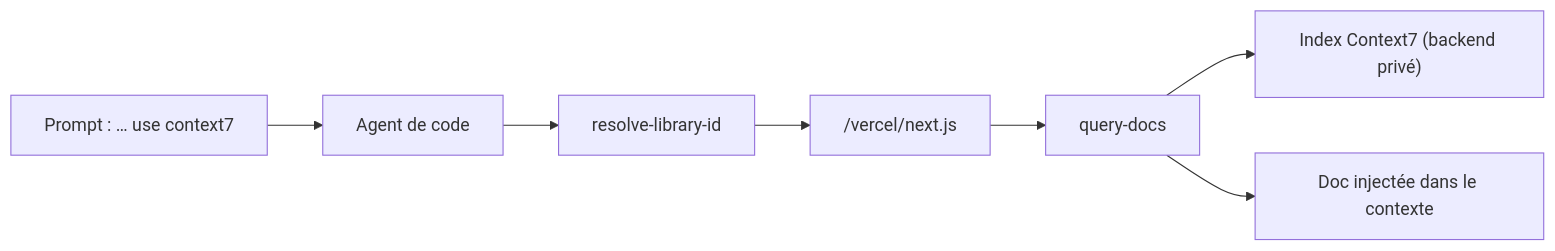
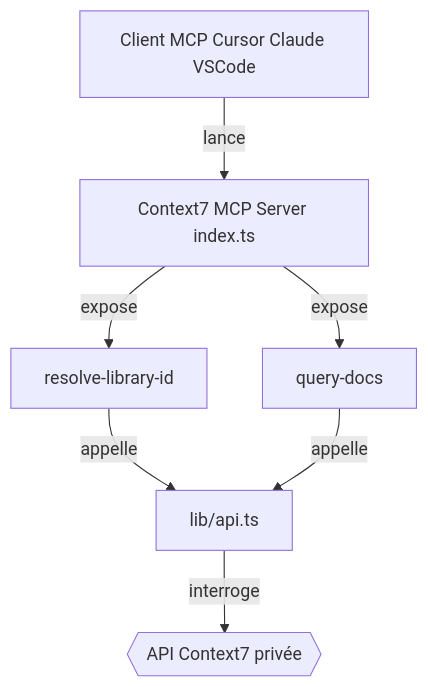
One commit to floSa/Veille-Repo changed the diagram in veille/.data/fiches/upstash__context7.md. Above: the diagram before and after it, drawn with Mermaid. The commit also changed other lines of this file and 1330 other files, not shown here.

First line of the commit message:
Mise à jour du catalogue : 7723 fiches, 7291 diagrammes

````diff
--- a/veille/.data/fiches/upstash__context7.md
+++ b/veille/.data/fiches/upstash__context7.md
@@ -27,9 +27,9 @@
 ```mermaid
-flowchart LR
-  Pr["Prompt : … use context7"] --> Ag["Agent de code"]
-  Ag --> Res["resolve-library-id"]
-  Res --> Id["/vercel/next.js"]
-  Id --> Docs["query-docs"]
-  Docs --> Idx["Index Context7 (backend privé)"]
-  Docs --> Ctx["Doc injectée dans le contexte"]
+flowchart TD
+  cli["Client MCP Cursor Claude VSCode"] -->|"lance"| srv["Context7 MCP Server index.ts"]
+  srv -->|"expose"| res["resolve-library-id"]
+  srv -->|"expose"| qd["query-docs"]
+  res -->|"appelle"| api["lib/api.ts"]
+  qd -->|"appelle"| api
+  api -->|"interroge"| ext{{"API Context7 privée"}}
 ```
````
